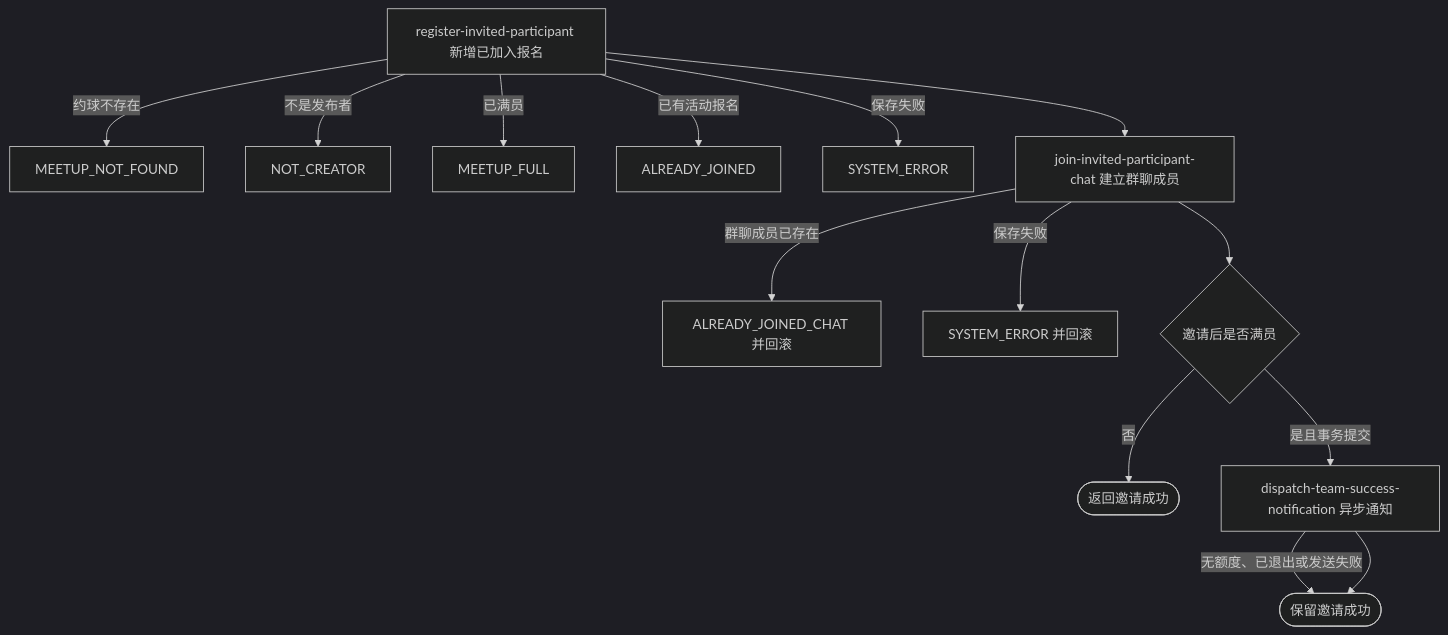
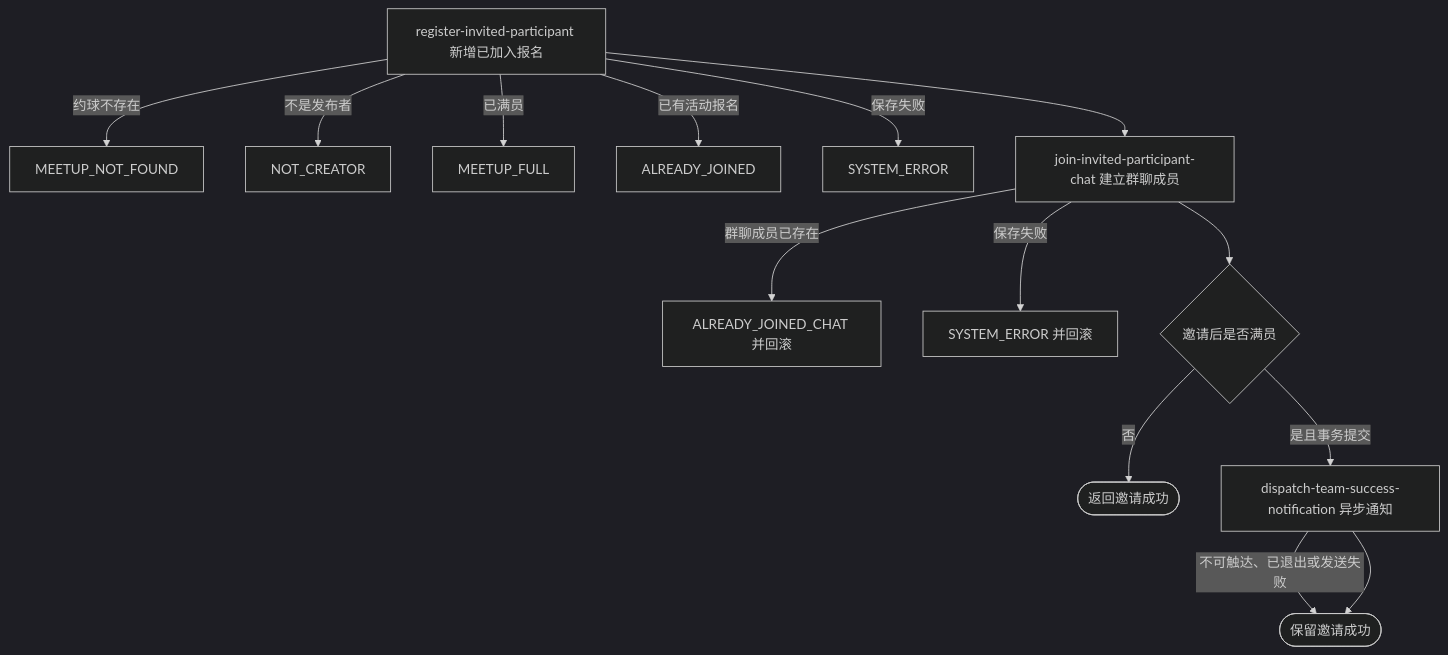
One commit to chxt100016/Rally changed the diagram in blueprint/spec/meetup/meetup-invite/invite-meetup-participant.md. Above: the diagram before and after it, drawn with Mermaid (dark theme). The commit also changed other lines of this file and 170 other files, not shown here.

````diff
--- a/blueprint/spec/meetup/meetup-invite/invite-meetup-participant.md
+++ b/blueprint/spec/meetup/meetup-invite/invite-meetup-participant.md
@@ -36,16 +35,16 @@
 ```mermaid
 flowchart TD
     A[register-invited-participant 新增已加入报名] -->|约球不存在| E1[MEETUP_NOT_FOUND]
     A -->|不是发布者| E2[NOT_CREATOR]
     A -->|已满员| E3[MEETUP_FULL]
     A -->|已有活动报名| E4[ALREADY_JOINED]
     A -->|保存失败| E5[SYSTEM_ERROR]
     A --> B[join-invited-participant-chat 建立群聊成员]
     B -->|群聊成员已存在| E6[ALREADY_JOINED_CHAT 并回滚]
     B -->|保存失败| E7[SYSTEM_ERROR 并回滚]
     B --> C{邀请后是否满员}
     C -->|否| S([返回邀请成功])
     C -->|是且事务提交| D[dispatch-team-success-notification 异步通知]
-    D -->|无额度、已退出或发送失败| S2([保留邀请成功])
+    D -->|不可触达、已退出或发送失败| S2([保留邀请成功])
     D --> S2
 ```
````
